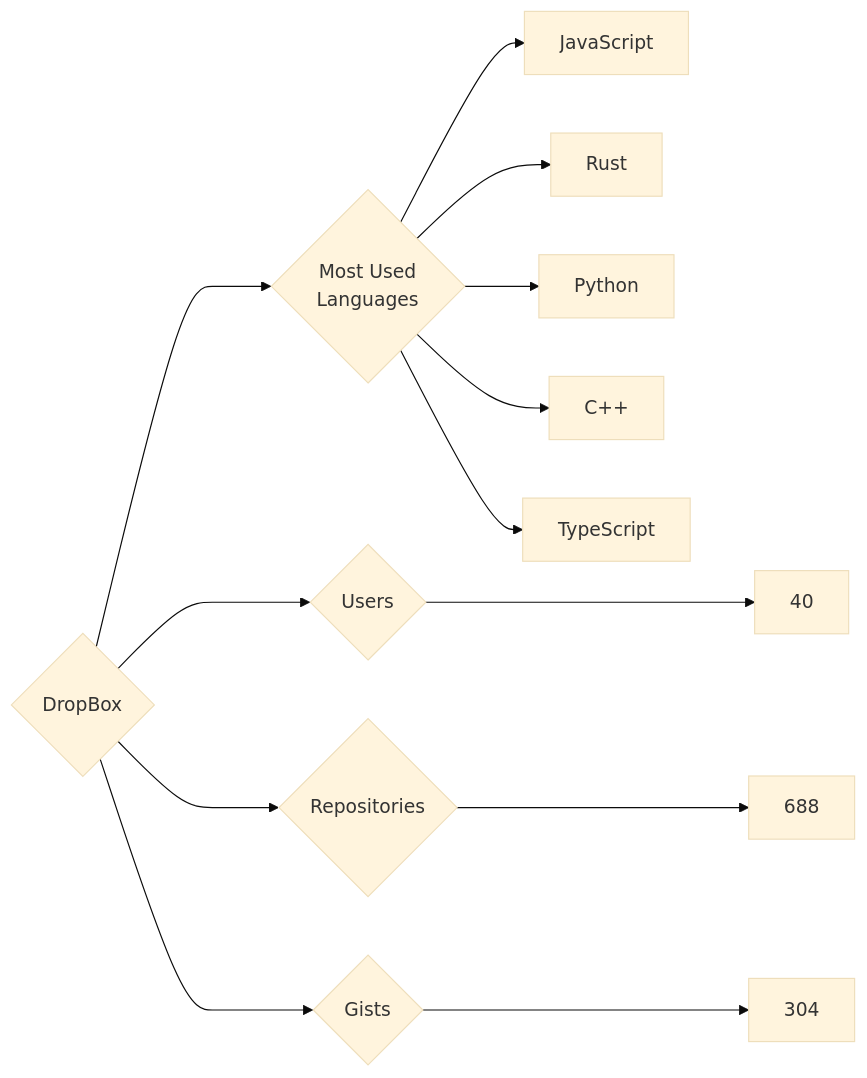
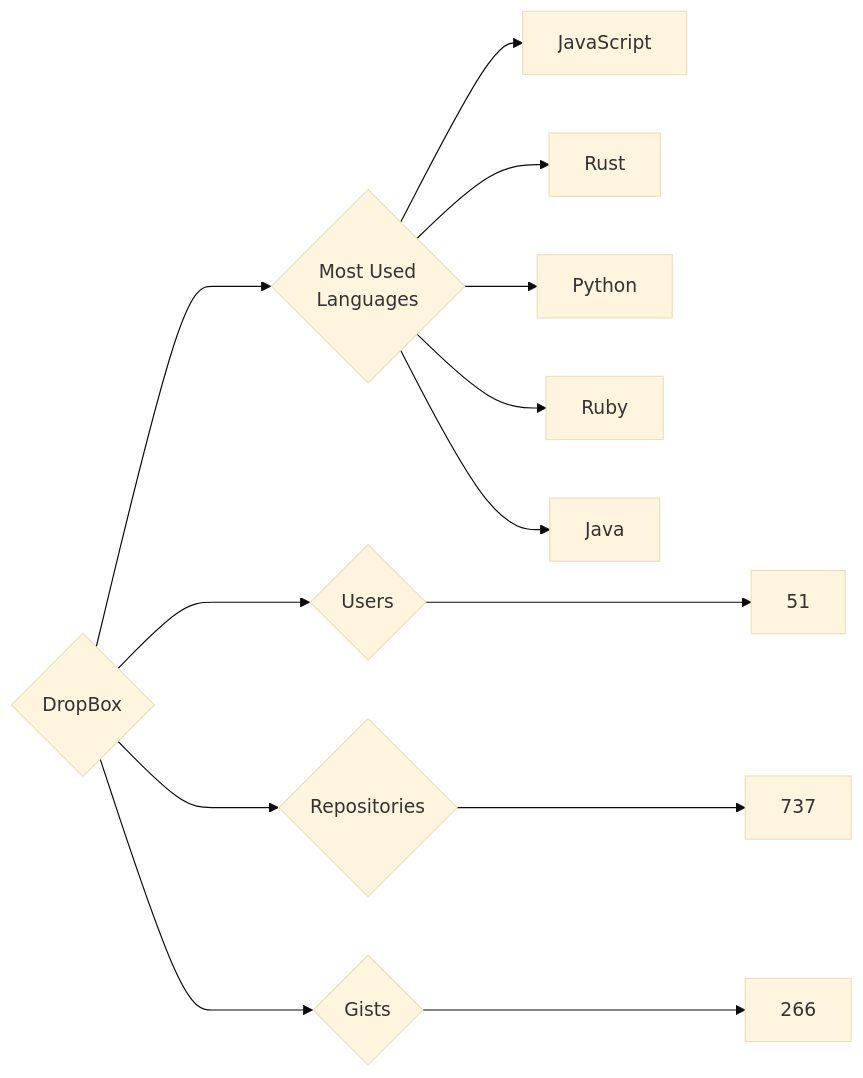
The diagram in targets/DropBox/README.md (trickest/insiders), drawn with Mermaid (base theme) before and after one commit. The commit also changed 752 other files, not shown here.

````diff
--- a/targets/DropBox/README.md
+++ b/targets/DropBox/README.md
@@ -3,13 +3,13 @@
 ```mermaid
 graph LR
 COMPANY_NAME{DropBox}
-COMPANY_NAME ---> U{Users} ---> UN[40]
-COMPANY_NAME ---> R{Repositories} ---> RN[688]
-COMPANY_NAME ---> G{Gists} ---> GN[304]
+COMPANY_NAME ---> U{Users} ---> UN[51]
+COMPANY_NAME ---> R{Repositories} ---> RN[737]
+COMPANY_NAME ---> G{Gists} ---> GN[266]
 COMPANY_NAME ---> ML{Most Used<br>Languages}
 ML --> JavaScript[JavaScript]
 ML --> Rust[Rust]
 ML --> Python[Python]
-ML --> C++[C++]
-ML --> TypeScript[TypeScript]
+ML --> Ruby[Ruby]
+ML --> Java[Java]
 ```
````
